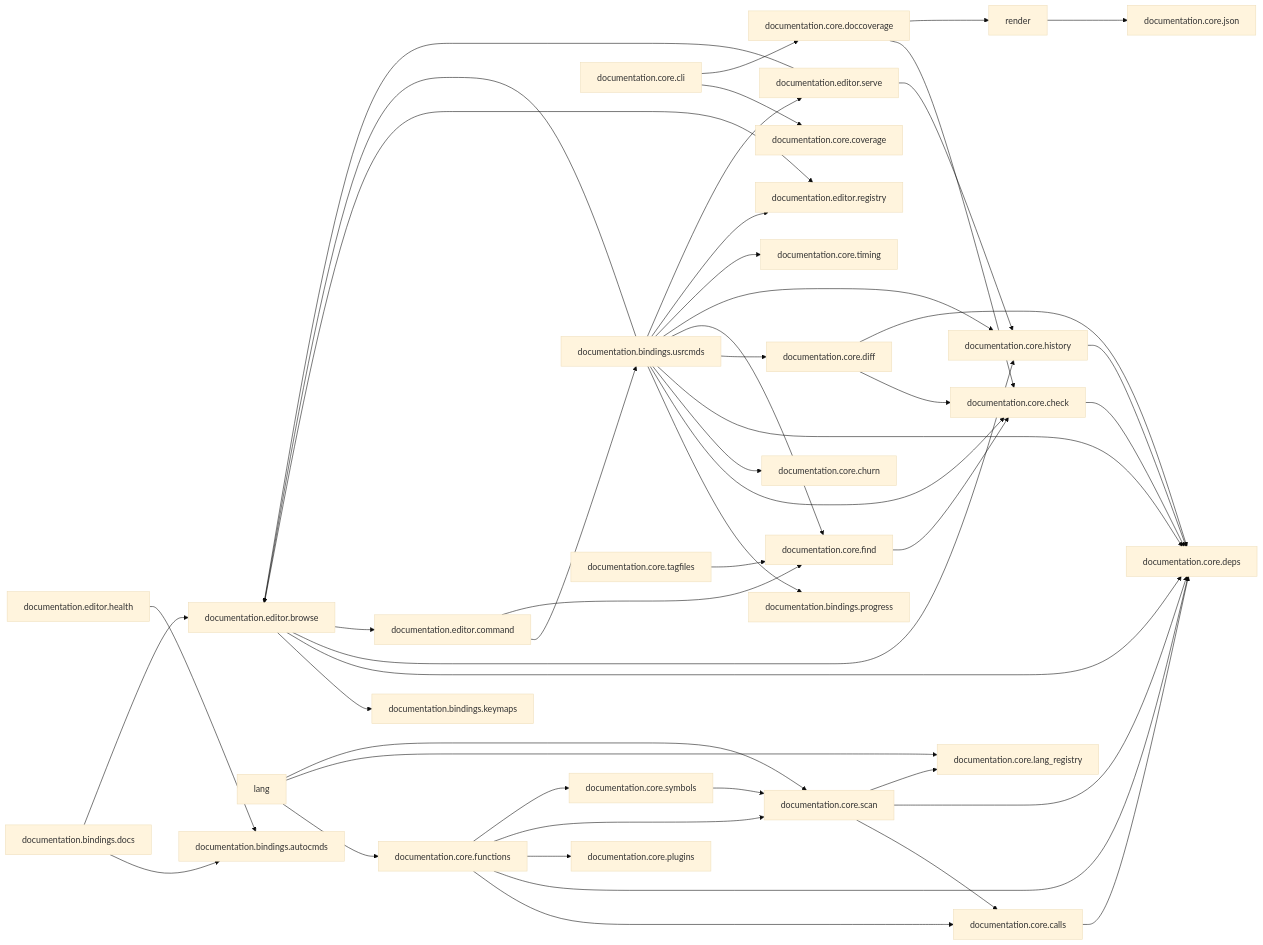
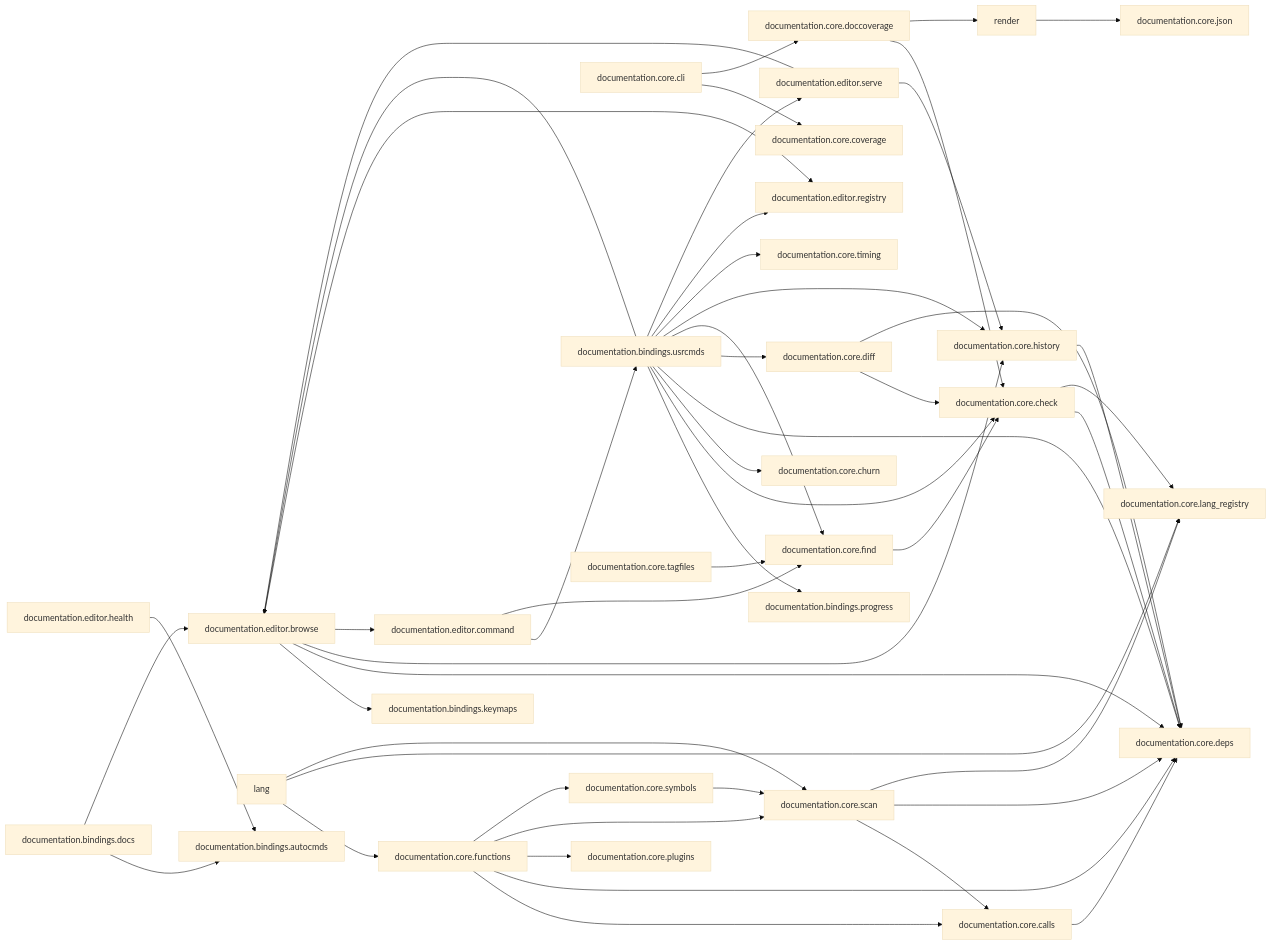
Before and after one commit to StefanBartl/documentation.nvim: the second of 2 diagrams in docs/map/overview.md, drawn with Mermaid (base theme). The commit also changed other lines of this file and 14 other files, not shown here.

````diff
--- a/docs/map/overview.md
+++ b/docs/map/overview.md
@@ -42,80 +42,81 @@
 ```mermaid
 flowchart LR
   nlua_documentation_bindings_autocmds_lua["documentation.bindings.autocmds"]
   nlua_documentation_bindings_docs_lua["documentation.bindings.docs"]
   nlua_documentation_bindings_keymaps_lua["documentation.bindings.keymaps"]
   nlua_documentation_bindings_progress_lua["documentation.bindings.progress"]
   nlua_documentation_bindings_usrcmds["documentation.bindings.usrcmds"]
   nlua_documentation_core_calls_lua["documentation.core.calls"]
   nlua_documentation_core_check_lua["documentation.core.check"]
   nlua_documentation_core_churn_lua["documentation.core.churn"]
   nlua_documentation_core_cli_lua["documentation.core.cli"]
   nlua_documentation_core_coverage_lua["documentation.core.coverage"]
   nlua_documentation_core_deps_lua["documentation.core.deps"]
   nlua_documentation_core_diff_lua["documentation.core.diff"]
   nlua_documentation_core_doccoverage_lua["documentation.core.doccoverage"]
   nlua_documentation_core_find_lua["documentation.core.find"]
   nlua_documentation_core_functions_lua["documentation.core.functions"]
   nlua_documentation_core_history_lua["documentation.core.history"]
   nlua_documentation_core_json_lua["documentation.core.json"]
   nlua_documentation_core_lang["lang"]
   nlua_documentation_core_lang_registry_lua["documentation.core.lang_registry"]
   nlua_documentation_core_plugins_lua["documentation.core.plugins"]
   nlua_documentation_core_render["render"]
   nlua_documentation_core_scan_lua["documentation.core.scan"]
   nlua_documentation_core_symbols_lua["documentation.core.symbols"]
   nlua_documentation_core_tagfiles_lua["documentation.core.tagfiles"]
   nlua_documentation_core_timing_lua["documentation.core.timing"]
   nlua_documentation_editor_browse["documentation.editor.browse"]
   nlua_documentation_editor_command_lua["documentation.editor.command"]
   nlua_documentation_editor_health_lua["documentation.editor.health"]
   nlua_documentation_editor_registry_lua["documentation.editor.registry"]
   nlua_documentation_editor_serve_lua["documentation.editor.serve"]
   nlua_documentation_bindings_docs_lua --> nlua_documentation_bindings_autocmds_lua
   nlua_documentation_bindings_docs_lua --> nlua_documentation_editor_browse
   nlua_documentation_bindings_usrcmds --> nlua_documentation_bindings_progress_lua
   nlua_documentation_bindings_usrcmds --> nlua_documentation_core_check_lua
   nlua_documentation_bindings_usrcmds --> nlua_documentation_core_churn_lua
   nlua_documentation_bindings_usrcmds --> nlua_documentation_core_deps_lua
   nlua_documentation_bindings_usrcmds --> nlua_documentation_core_diff_lua
   nlua_documentation_bindings_usrcmds --> nlua_documentation_core_find_lua
   nlua_documentation_bindings_usrcmds --> nlua_documentation_core_history_lua
   nlua_documentation_bindings_usrcmds --> nlua_documentation_core_timing_lua
   nlua_documentation_bindings_usrcmds --> nlua_documentation_editor_browse
   nlua_documentation_bindings_usrcmds --> nlua_documentation_editor_registry_lua
   nlua_documentation_bindings_usrcmds --> nlua_documentation_editor_serve_lua
   nlua_documentation_core_calls_lua --> nlua_documentation_core_deps_lua
   nlua_documentation_core_check_lua --> nlua_documentation_core_deps_lua
+  nlua_documentation_core_check_lua --> nlua_documentation_core_lang_registry_lua
   nlua_documentation_core_cli_lua --> nlua_documentation_core_coverage_lua
   nlua_documentation_core_cli_lua --> nlua_documentation_core_doccoverage_lua
   nlua_documentation_core_diff_lua --> nlua_documentation_core_check_lua
   nlua_documentation_core_diff_lua --> nlua_documentation_core_deps_lua
   nlua_documentation_core_doccoverage_lua --> nlua_documentation_core_check_lua
   nlua_documentation_core_doccoverage_lua --> nlua_documentation_core_render
   nlua_documentation_core_find_lua --> nlua_documentation_core_check_lua
   nlua_documentation_core_functions_lua --> nlua_documentation_core_calls_lua
   nlua_documentation_core_functions_lua --> nlua_documentation_core_deps_lua
   nlua_documentation_core_functions_lua --> nlua_documentation_core_plugins_lua
   nlua_documentation_core_functions_lua --> nlua_documentation_core_scan_lua
   nlua_documentation_core_functions_lua --> nlua_documentation_core_symbols_lua
   nlua_documentation_core_history_lua --> nlua_documentation_core_deps_lua
   nlua_documentation_core_lang --> nlua_documentation_core_functions_lua
   nlua_documentation_core_lang --> nlua_documentation_core_lang_registry_lua
   nlua_documentation_core_lang --> nlua_documentation_core_scan_lua
   nlua_documentation_core_render --> nlua_documentation_core_json_lua
   nlua_documentation_core_scan_lua --> nlua_documentation_core_calls_lua
   nlua_documentation_core_scan_lua --> nlua_documentation_core_deps_lua
   nlua_documentation_core_scan_lua --> nlua_documentation_core_lang_registry_lua
   nlua_documentation_core_symbols_lua --> nlua_documentation_core_scan_lua
   nlua_documentation_core_tagfiles_lua --> nlua_documentation_core_find_lua
   nlua_documentation_editor_browse --> nlua_documentation_bindings_keymaps_lua
   nlua_documentation_editor_browse --> nlua_documentation_core_deps_lua
   nlua_documentation_editor_browse --> nlua_documentation_core_history_lua
   nlua_documentation_editor_browse --> nlua_documentation_editor_command_lua
   nlua_documentation_editor_browse --> nlua_documentation_editor_registry_lua
   nlua_documentation_editor_command_lua --> nlua_documentation_bindings_usrcmds
   nlua_documentation_editor_command_lua --> nlua_documentation_core_find_lua
   nlua_documentation_editor_health_lua --> nlua_documentation_bindings_autocmds_lua
   nlua_documentation_editor_serve_lua --> nlua_documentation_core_history_lua
   nlua_documentation_editor_serve_lua --> nlua_documentation_editor_browse
 ```
````
